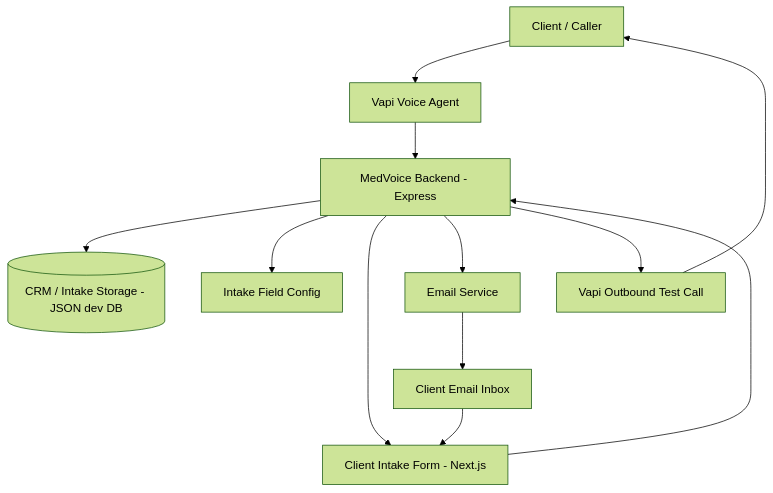
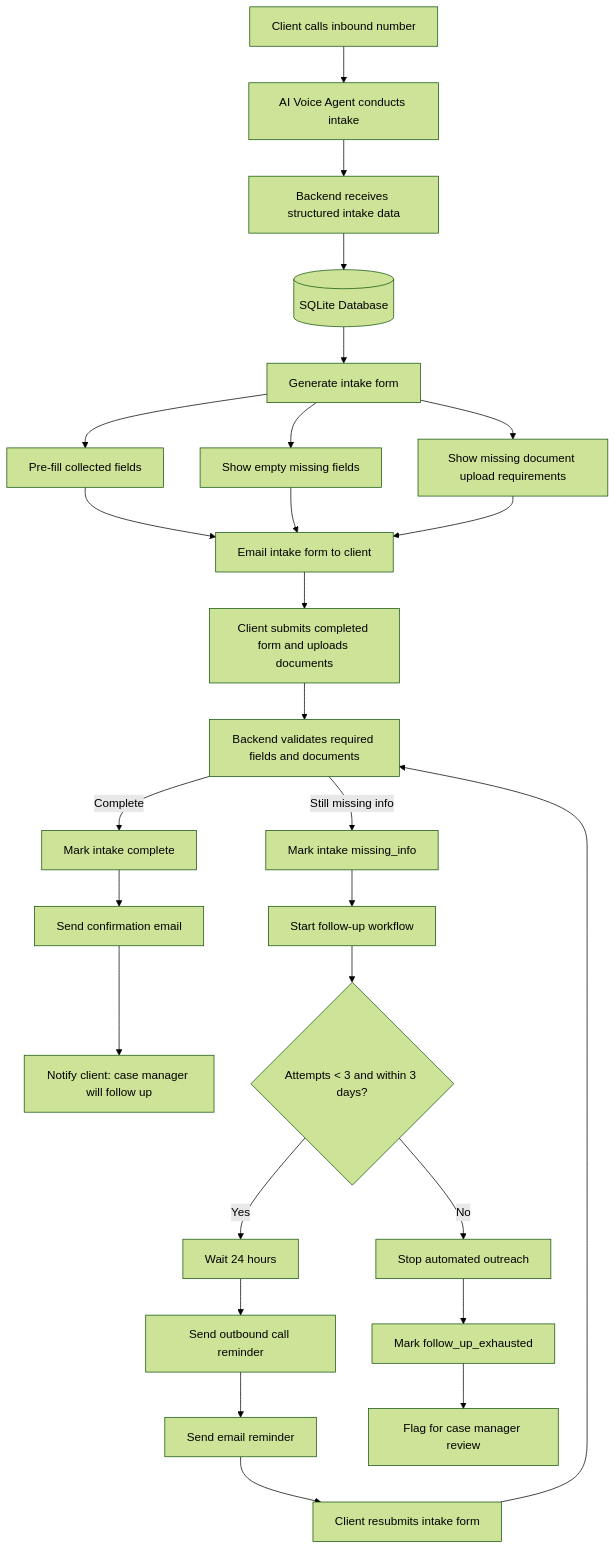
The first of 2 diagrams in README.md (psamin/medvoicevapi), drawn with Mermaid (forest theme) before and after one commit. The commit also changed other lines of this file and 1 other file, not shown here.

First line of the commit message:
docs: new system-design diagram + status lifecycle; trim extra diagrams

````diff
--- a/README.md
+++ b/README.md
@@ -90,14 +90,36 @@
 ```mermaid
 flowchart TD
-    A[Client / Caller] --> B[Vapi Voice Agent]
-    B --> C[MedVoice Backend - Express]
-    C --> D[(CRM / Intake Storage - JSON dev DB)]
-    C --> E[Intake Field Config]
-    C --> F[Client Intake Form - Next.js]
-    C --> G[Email Service]
-    G --> H[Client Email Inbox]
-    H --> F
-    F --> C
-    C --> I[Vapi Outbound Test Call]
-    I --> A
+    A[Client calls inbound number] --> B[AI Voice Agent conducts intake]
+    B --> C[Backend receives structured intake data]
+    C --> D[(SQLite Database)]
+
+    D --> E[Generate intake form]
+    E --> F[Pre-fill collected fields]
+    E --> G[Show empty missing fields]
+    E --> H[Show missing document upload requirements]
+
+    F --> I[Email intake form to client]
+    G --> I
+    H --> I
+
+    I --> J[Client submits completed form and uploads documents]
+    J --> K[Backend validates required fields and documents]
+
+    K -->|Complete| L[Mark intake complete]
+    L --> M[Send confirmation email]
+    M --> N[Notify client: case manager will follow up]
+
+    K -->|Still missing info| O[Mark intake missing_info]
+    O --> P[Start follow-up workflow]
+
+    P --> Q{Attempts < 3 and within 3 days?}
+    Q -->|Yes| R[Wait 24 hours]
+    R --> S[Send outbound call reminder]
+    S --> T[Send email reminder]
+    T --> U[Client resubmits intake form]
+    U --> K
+
+    Q -->|No| V[Stop automated outreach]
+    V --> W[Mark follow_up_exhausted]
+    W --> X[Flag for case manager review]
 ```
````
